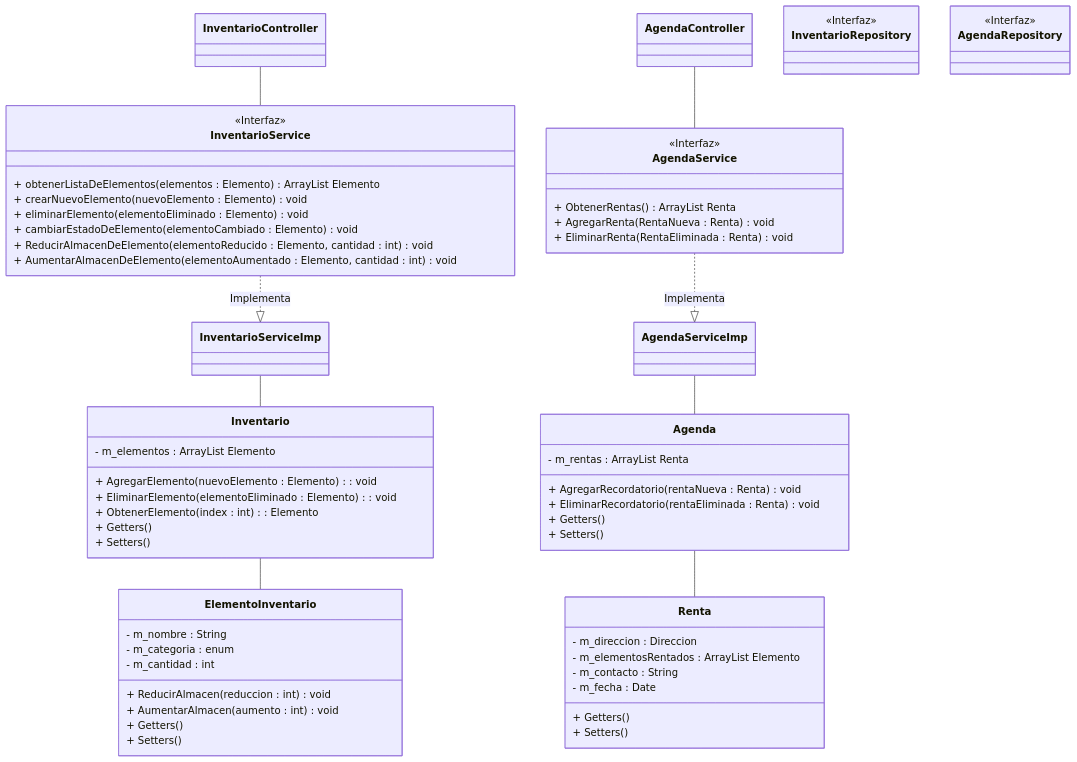
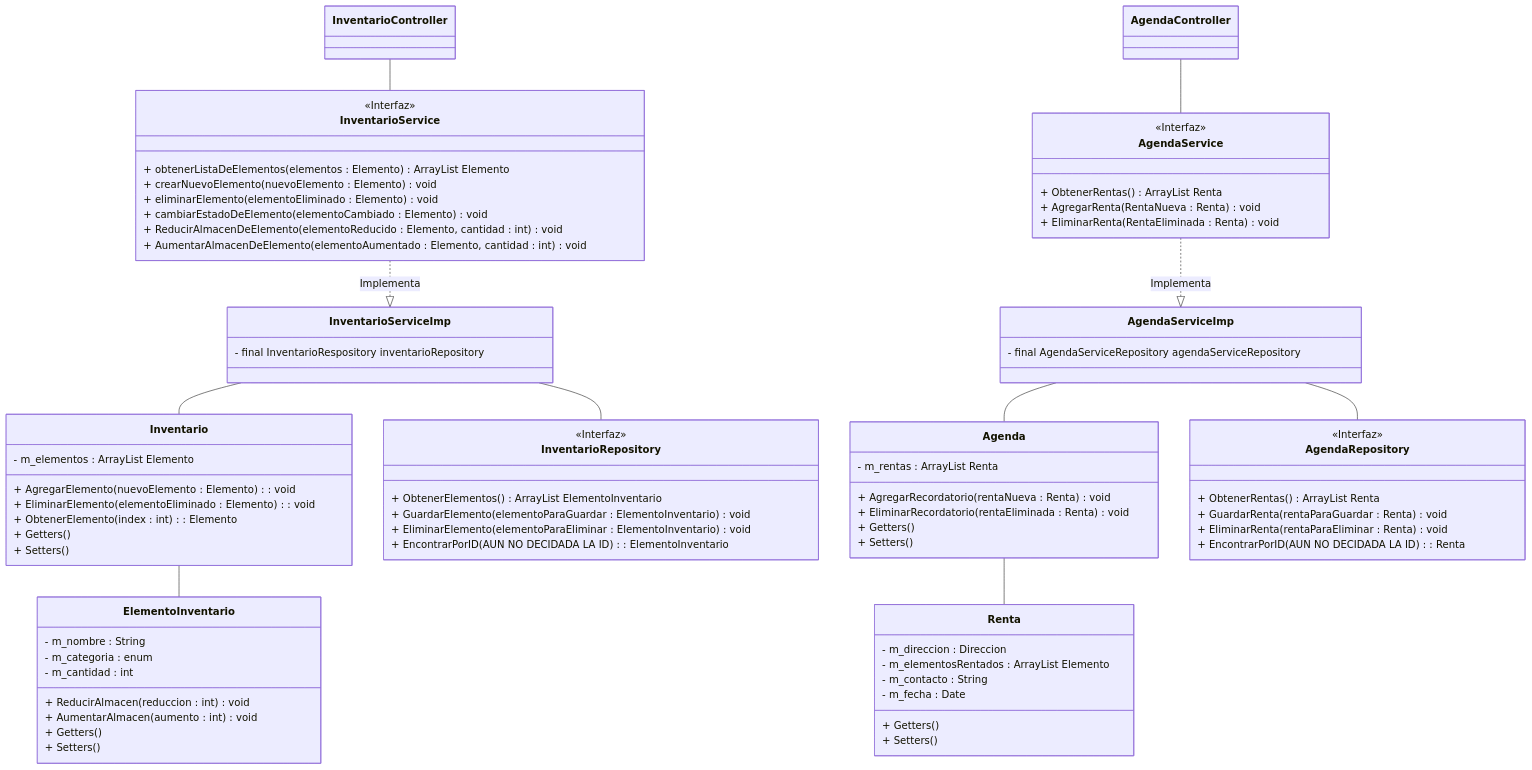
Before and after one commit to JuanJoseVargasArvizu/ProyectoAguileta: the diagram in Documentacion/Diagramas/DiagramaDeClases.mmd, drawn with Mermaid.

Commit message:
Actualizacion de diagrama de clases: Se agregaron metodos a las clases de los puertos secundarios

```diff
--- a/Documentacion/Diagramas/DiagramaDeClases.mmd
+++ b/Documentacion/Diagramas/DiagramaDeClases.mmd
@@ -1,98 +1,106 @@
 
 
 classDiagram
 
 
     Inventario -- ElementoInventario
     Agenda -- Renta
 
     InventarioService ..|> InventarioServiceImp : Implementa
     InventarioController -- InventarioService
     InventarioServiceImp -- Inventario
+    InventarioServiceImp -- InventarioRepository
 
     AgendaService ..|> AgendaServiceImp : Implementa
     AgendaController -- AgendaService
     AgendaServiceImp -- Agenda
-    
-    AgendaRepository 
+    AgendaServiceImp -- AgendaRepository
 
 
 
     class InventarioService{
       <<Interfaz>>
       + obtenerListaDeElementos(elementos : Elemento) ArrayList Elemento
       + crearNuevoElemento(nuevoElemento : Elemento) void
       + eliminarElemento(elementoEliminado : Elemento) void
       + cambiarEstadoDeElemento(elementoCambiado : Elemento) void
       + ReducirAlmacenDeElemento(elementoReducido : Elemento, cantidad : int) void
       + AumentarAlmacenDeElemento(elementoAumentado : Elemento, cantidad : int) void
+    
     }
 
     class AgendaService{
       <<Interfaz>>
       + ObtenerRentas() ArrayList Renta
       + AgregarRenta(RentaNueva : Renta) void
       + EliminarRenta(RentaEliminada : Renta) void
     }
 
     class InventarioServiceImp{
-      
+      - final InventarioRespository inventarioRepository
     }
 
      class AgendaServiceImp{
-      
+      - final AgendaServiceRepository agendaServiceRepository
     }
 
 
     class InventarioController{
     }
 
     class AgendaController{
 
     }
 
     class ElementoInventario{
       - m_nombre : String
       - m_categoria : enum
       - m_cantidad : int
       
       + ReducirAlmacen(reduccion : int) void
       + AumentarAlmacen( aumento : int) void
       + Getters()
       + Setters()
     }
 
     class Inventario{
       - m_elementos : ArrayList Elemento
       + AgregarElemento(nuevoElemento : Elemento) : void
       + EliminarElemento(elementoEliminado : Elemento) : void
       + ObtenerElemento(index : int) : Elemento
       + Getters()
       + Setters()
     }
 
     class Renta{
       - m_direccion : Direccion
       - m_elementosRentados : ArrayList Elemento
       - m_contacto : String
       - m_fecha : Date
       + Getters()
       + Setters()
     }
 
     class Agenda{
       - m_rentas : ArrayList Renta
       + AgregarRecordatorio(rentaNueva : Renta) void
       + EliminarRecordatorio(rentaEliminada : Renta) void
             + Getters()
       + Setters()
     }
 
     class InventarioRepository{
       <<Interfaz>>
+      + ObtenerElementos() ArrayList ElementoInventario
+      + GuardarElemento(elementoParaGuardar : ElementoInventario) void
+      + EliminarElemento(elementoParaEliminar : ElementoInventario) void
+      + EncontrarPorID(AUN NO DECIDADA LA ID) : ElementoInventario
     }
 
     class AgendaRepository{
       <<Interfaz>>
-
+      + ObtenerRentas() ArrayList Renta
+      + GuardarRenta(rentaParaGuardar : Renta) void
+      + EliminarRenta(rentaParaEliminar : Renta) void
+      + EncontrarPorID(AUN NO DECIDADA LA ID) : Renta
     }
```
